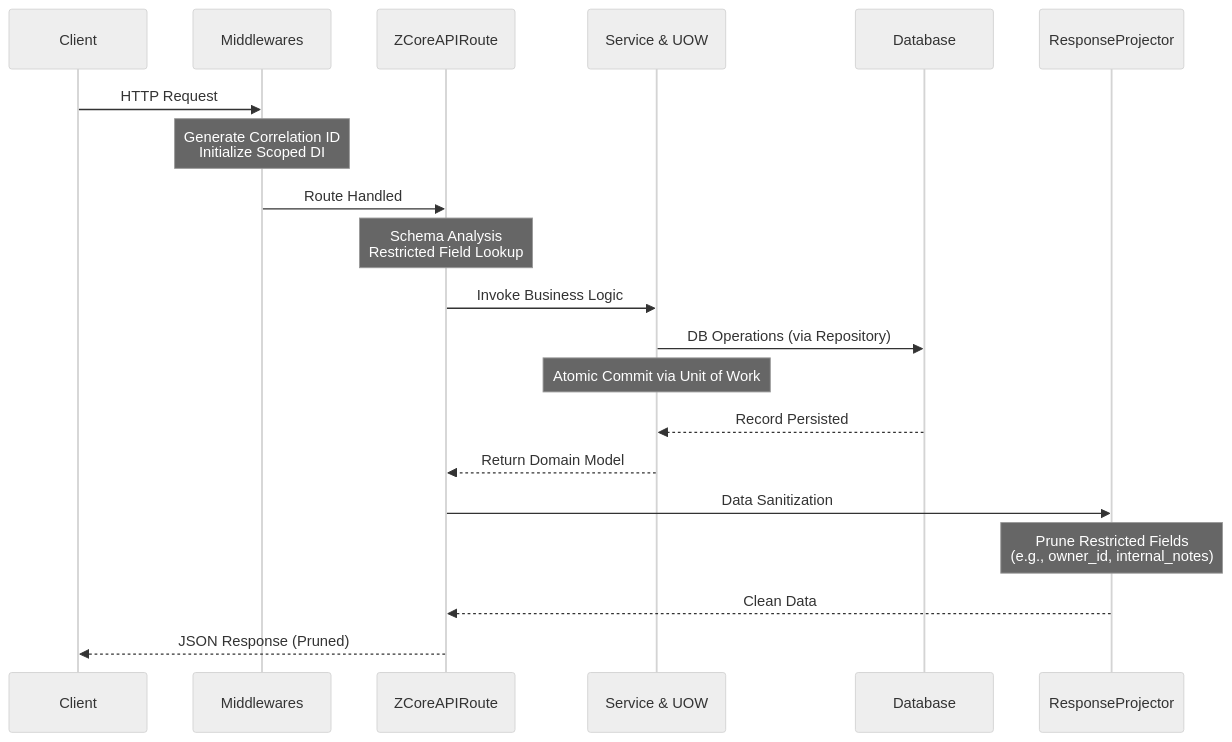
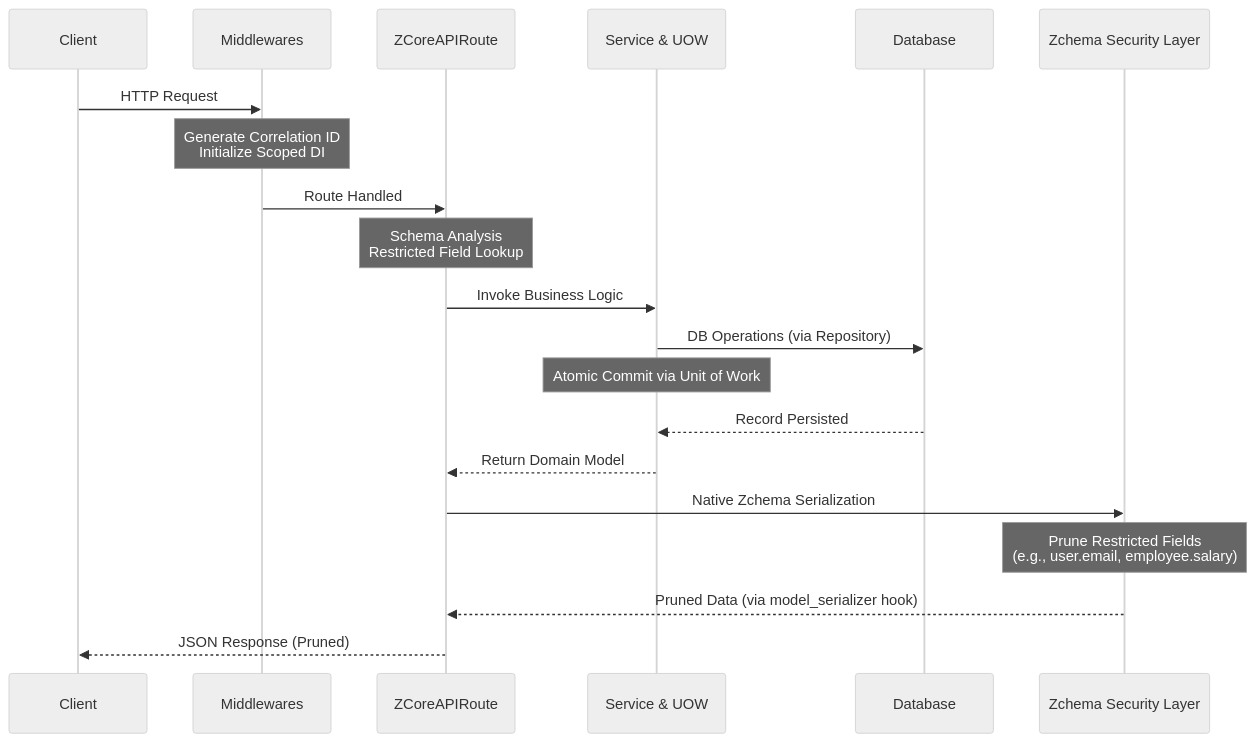
The diagram in docs/index.md (fastapi-zcore-framework/zcore), drawn with Mermaid (neutral theme) before and after one commit. The commit also changed other lines of this file and 16 other files, not shown here.

````diff
--- a/docs/index.md
+++ b/docs/index.md
@@ -33,23 +33,23 @@
 ```mermaid
 sequenceDiagram
     participant C as Client
     participant M as Middlewares
     participant R as ZCoreAPIRoute
     participant S as Service & UOW
     participant D as Database
-    participant P as ResponseProjector
+    participant P as Zchema Security Layer
 
     C->>M: HTTP Request
     Note over M: Generate Correlation ID<br/>Initialize Scoped DI
     M->>R: Route Handled
     Note over R: Schema Analysis<br/>Restricted Field Lookup
     R->>S: Invoke Business Logic
     S->>D: DB Operations (via Repository)
     Note over S: Atomic Commit via Unit of Work
     D-->>S: Record Persisted
     S-->>R: Return Domain Model
-    R->>P: Data Sanitization
-    Note over P: Prune Restricted Fields<br/>(e.g., owner_id, internal_notes)
-    P-->>R: Clean Data
+    R->>P: Native Zchema Serialization
+    Note over P: Prune Restricted Fields<br/>(e.g., user.email, employee.salary)
+    P-->>R: Pruned Data (via model_serializer hook)
     R-->>C: JSON Response (Pruned)
 ```
````
